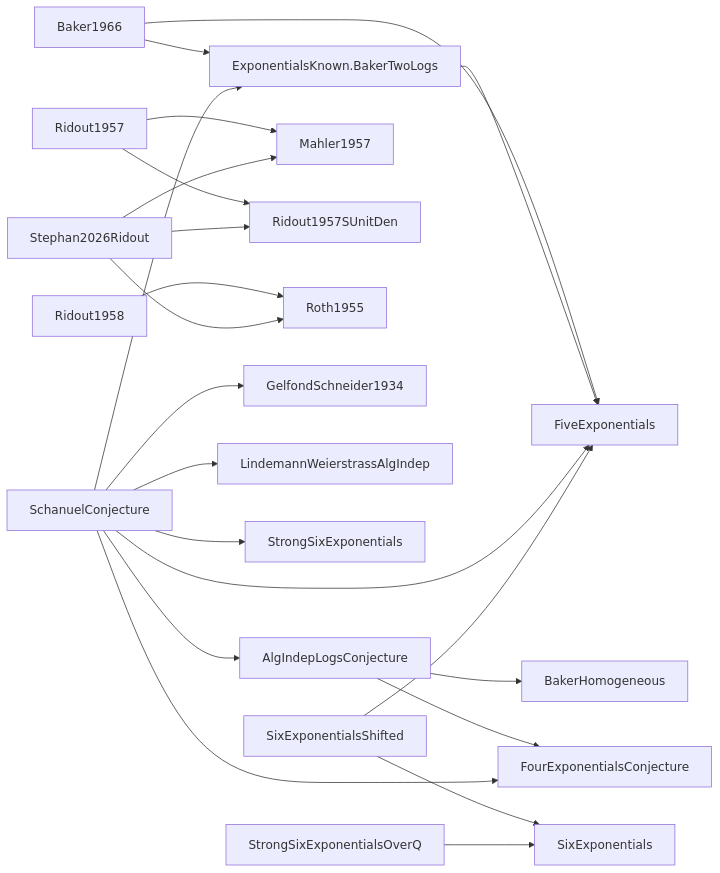
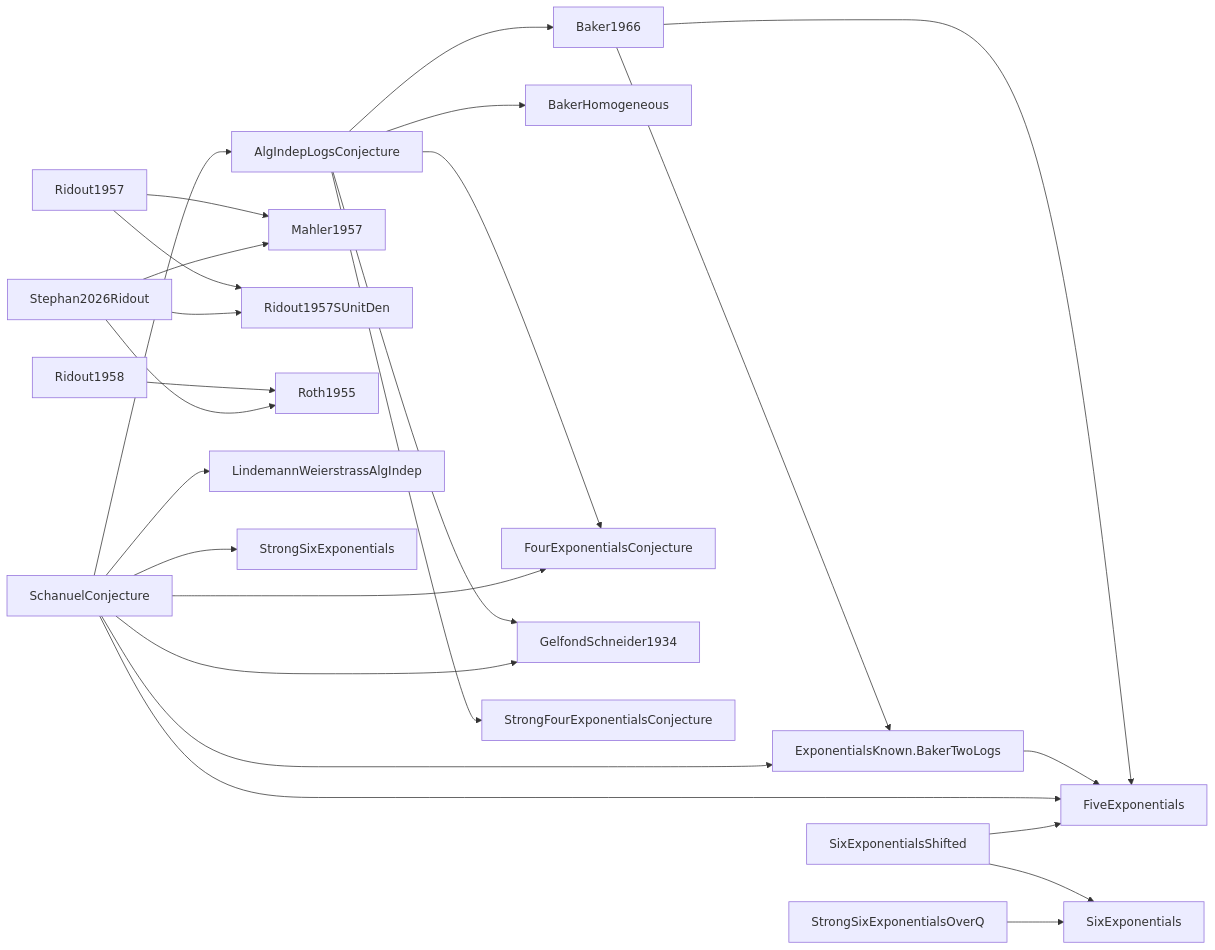
One commit to gotrevor/lean-formalizations changed the diagram in FACT-GRAPH.md. Above: the diagram before and after it, drawn with Mermaid. The commit also changed other lines of this file and 2 other files, not shown here.

Commit message:
phase 24 COMPLETE: WeakSchanuel.lean sorry-free, all 5 statements axiom-clean
Adds Conj 1 ⇒ Baker (1966, inhomogeneous), the last of the five.  Baker1966
carries no independence hypothesis on the logarithms, so the homogeneous form
does not apply; pass to a ℚ-basis of span ℚ (range ℓ).  That the basis is again
made of logarithms of algebraic numbers is the new `logSubmodule` — the closure
that matters being `exp (q·z)` algebraic, via `IsAlgebraic.of_pow` applied to
`(exp z)^q.num`.  New reusable leaves: `isAlgebraic_exp_rat_mul`,
`isAlgebraic_exp_of_mem_span`, `exists_rat_basis`.

All five #print axioms clean: propext, Classical.choice, Quot.sound.
Header + HANDOFF-2026-09-29-phase24-complete.md record the routes; fact graph
regenerated (24 edges, 25 hypotheses).

````diff
--- a/FACT-GRAPH.md
+++ b/FACT-GRAPH.md
@@ -10,24 +10,27 @@
 ```mermaid
 graph LR
-  n0["AlgIndepLogsConjecture"] --> n1["BakerHomogeneous"]
-  n0["AlgIndepLogsConjecture"] --> n2["FourExponentialsConjecture"]
-  n3["Baker1966"] --> n4["ExponentialsKnown.BakerTwoLogs"]
-  n3["Baker1966"] --> n5["FiveExponentials"]
-  n4["ExponentialsKnown.BakerTwoLogs"] --> n5["FiveExponentials"]
-  n6["Ridout1957"] --> n7["Mahler1957"]
-  n6["Ridout1957"] --> n8["Ridout1957SUnitDen"]
-  n9["Ridout1958"] --> n10["Roth1955"]
-  n11["SchanuelConjecture"] --> n0["AlgIndepLogsConjecture"]
-  n11["SchanuelConjecture"] --> n4["ExponentialsKnown.BakerTwoLogs"]
-  n11["SchanuelConjecture"] --> n5["FiveExponentials"]
-  n11["SchanuelConjecture"] --> n2["FourExponentialsConjecture"]
-  n11["SchanuelConjecture"] --> n12["GelfondSchneider1934"]
-  n11["SchanuelConjecture"] --> n13["LindemannWeierstrassAlgIndep"]
-  n11["SchanuelConjecture"] --> n14["StrongSixExponentials"]
-  n15["SixExponentialsShifted"] --> n5["FiveExponentials"]
-  n15["SixExponentialsShifted"] --> n16["SixExponentials"]
-  n17["Stephan2026Ridout"] --> n7["Mahler1957"]
-  n17["Stephan2026Ridout"] --> n8["Ridout1957SUnitDen"]
-  n17["Stephan2026Ridout"] --> n10["Roth1955"]
-  n18["StrongSixExponentialsOverQ"] --> n16["SixExponentials"]
+  n0["AlgIndepLogsConjecture"] --> n1["Baker1966"]
+  n0["AlgIndepLogsConjecture"] --> n2["BakerHomogeneous"]
+  n0["AlgIndepLogsConjecture"] --> n3["FourExponentialsConjecture"]
+  n0["AlgIndepLogsConjecture"] --> n4["GelfondSchneider1934"]
+  n0["AlgIndepLogsConjecture"] --> n5["StrongFourExponentialsConjecture"]
+  n1["Baker1966"] --> n6["ExponentialsKnown.BakerTwoLogs"]
+  n1["Baker1966"] --> n7["FiveExponentials"]
+  n6["ExponentialsKnown.BakerTwoLogs"] --> n7["FiveExponentials"]
+  n8["Ridout1957"] --> n9["Mahler1957"]
+  n8["Ridout1957"] --> n10["Ridout1957SUnitDen"]
+  n11["Ridout1958"] --> n12["Roth1955"]
+  n13["SchanuelConjecture"] --> n0["AlgIndepLogsConjecture"]
+  n13["SchanuelConjecture"] --> n6["ExponentialsKnown.BakerTwoLogs"]
+  n13["SchanuelConjecture"] --> n7["FiveExponentials"]
+  n13["SchanuelConjecture"] --> n3["FourExponentialsConjecture"]
+  n13["SchanuelConjecture"] --> n4["GelfondSchneider1934"]
+  n13["SchanuelConjecture"] --> n14["LindemannWeierstrassAlgIndep"]
+  n13["SchanuelConjecture"] --> n15["StrongSixExponentials"]
+  n16["SixExponentialsShifted"] --> n7["FiveExponentials"]
+  n16["SixExponentialsShifted"] --> n17["SixExponentials"]
+  n18["Stephan2026Ridout"] --> n9["Mahler1957"]
+  n18["Stephan2026Ridout"] --> n10["Ridout1957SUnitDen"]
+  n18["Stephan2026Ridout"] --> n12["Roth1955"]
+  n19["StrongSixExponentialsOverQ"] --> n17["SixExponentials"]
 ```
````
